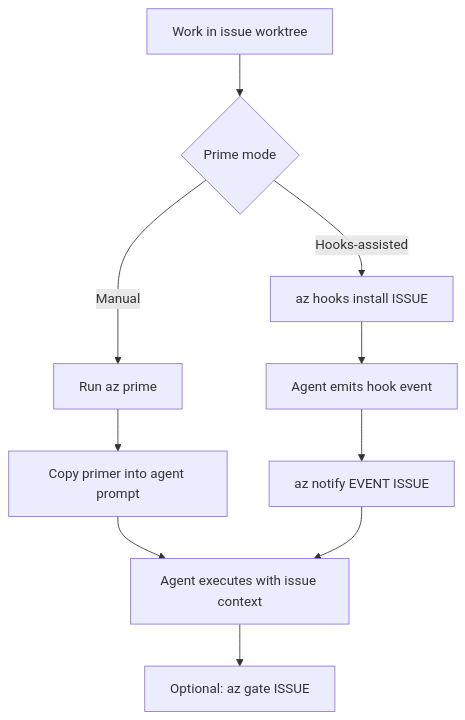
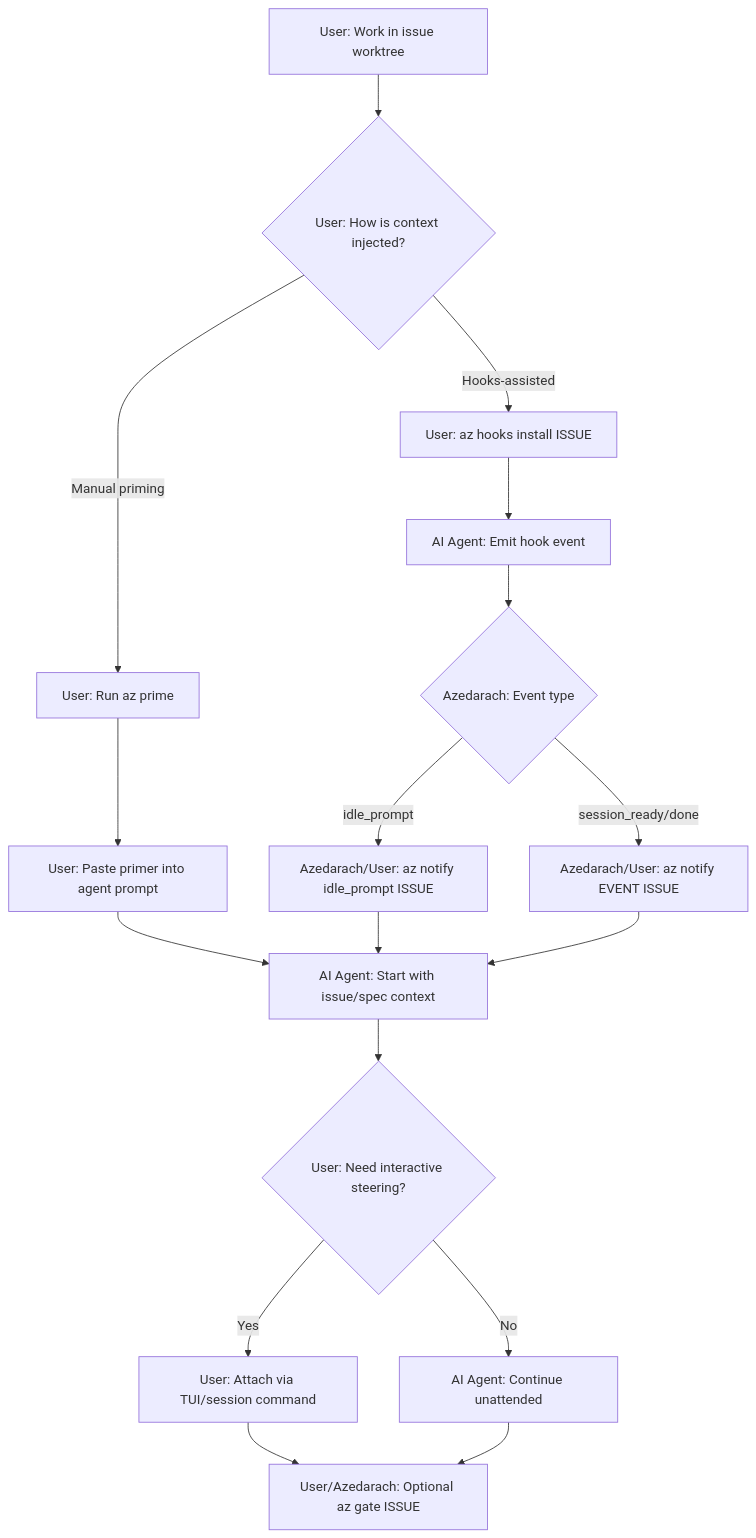
One commit to riordanpawley/azedarach changed the sixth of 6 diagrams in README.md. Above: the diagram before and after it, drawn with Mermaid. The commit also changed other lines of this file, not shown here.

Commit message:
docs: improve README architecture and workflow diagrams

````diff
--- a/README.md
+++ b/README.md
@@ -191,12 +202,21 @@
 ```mermaid
 flowchart TD
-  A[Work in issue worktree] --> B{Prime mode}
-  B -->|Manual| C[Run az prime]
-  C --> D[Copy primer into agent prompt]
-  B -->|Hooks-assisted| E[az hooks install ISSUE]
-  E --> F[Agent emits hook event]
-  F --> G[az notify EVENT ISSUE]
-  D --> H[Agent executes with issue context]
-  G --> H
-  H --> I[Optional: az gate ISSUE]
+  A[User: Work in issue worktree] --> B{User: How is context injected?}
+  B -->|Manual priming| C[User: Run az prime]
+  C --> D[User: Paste primer into agent prompt]
+  D --> E[AI Agent: Start with issue/spec context]
+
+  B -->|Hooks-assisted| F[User: az hooks install ISSUE]
+  F --> G[AI Agent: Emit hook event]
+  G --> H{Azedarach: Event type}
+  H -->|idle_prompt| I[Azedarach/User: az notify idle_prompt ISSUE]
+  H -->|session_ready/done| J[Azedarach/User: az notify EVENT ISSUE]
+  I --> E
+  J --> E
+
+  E --> K{User: Need interactive steering?}
+  K -->|Yes| L[User: Attach via TUI/session command]
+  K -->|No| M[AI Agent: Continue unattended]
+  L --> N[User/Azedarach: Optional az gate ISSUE]
+  M --> N
 ```
````
